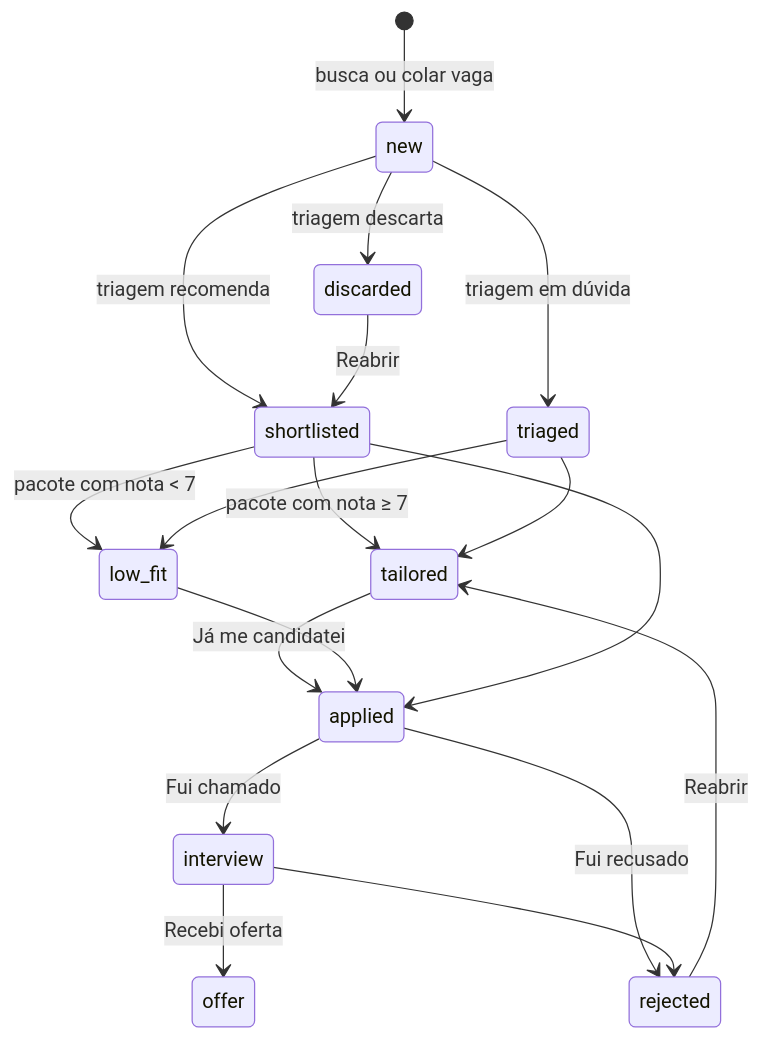
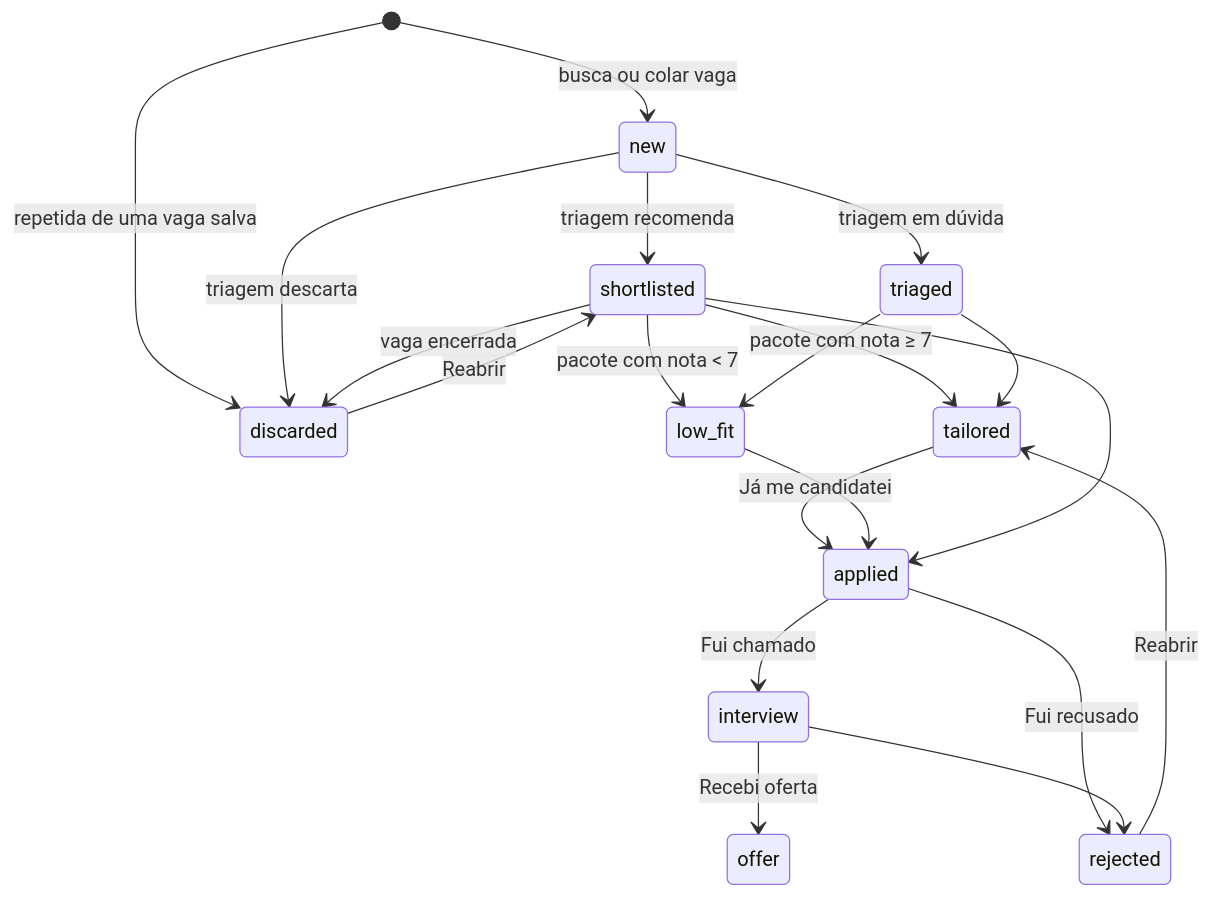
Before and after one commit to GabrielMello1407/auto-job-finder: the fifth of 6 diagrams in docs/como-funciona.md, drawn with Mermaid. The commit also changed other lines of this file and 27 other files, not shown here.

First line of the commit message:
feat: busca na Gupy, vaga repetida e vaga encerrada

````diff
--- a/docs/como-funciona.md
+++ b/docs/como-funciona.md
@@ -175,20 +217,22 @@
 ```mermaid
 stateDiagram-v2
     [*] --> new: busca ou colar vaga
+    [*] --> discarded: repetida de uma vaga salva
     new --> shortlisted: triagem recomenda
     new --> triaged: triagem em dúvida
     new --> discarded: triagem descarta
+    shortlisted --> discarded: vaga encerrada
     shortlisted --> tailored: pacote com nota ≥ 7
     triaged --> tailored
     shortlisted --> low_fit: pacote com nota < 7
     triaged --> low_fit
     tailored --> applied: Já me candidatei
     low_fit --> applied
     shortlisted --> applied
     applied --> interview: Fui chamado
     interview --> offer: Recebi oferta
     applied --> rejected: Fui recusado
     interview --> rejected
     discarded --> shortlisted: Reabrir
     rejected --> tailored: Reabrir
 ```
````
